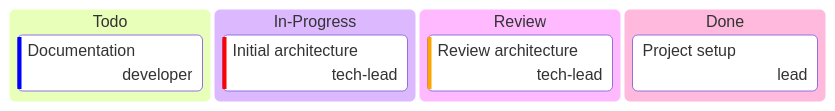
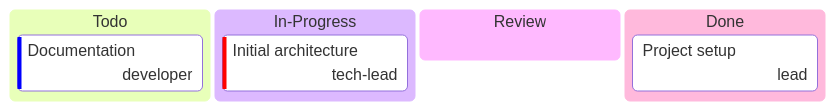
Before and after one commit to Katty-Fashion/kf-cpto: the first of 3 diagrams in docs/_projects/Aladin-01.md, drawn with Mermaid. The commit also changed other lines of this file and 5 other files, not shown here.

````diff
--- a/docs/_projects/Aladin-01.md
+++ b/docs/_projects/Aladin-01.md
@@ -34,11 +34,10 @@
 ```mermaid
 kanban
   Todo
-    t4[Documentation]@{ priority: 'Low', assigned: 'developer' }
+    t3[Documentation]@{ priority: 'Low', assigned: 'developer' }
   In-Progress
     t2[Initial architecture]@{ priority: 'Very High', assigned: 'tech-lead' }
   Review
-    t3[Review architecture]@{ priority: 'High', assigned: 'tech-lead' }
   Done
     t1[Project setup]@{ assigned: 'lead' }
 ```
````
